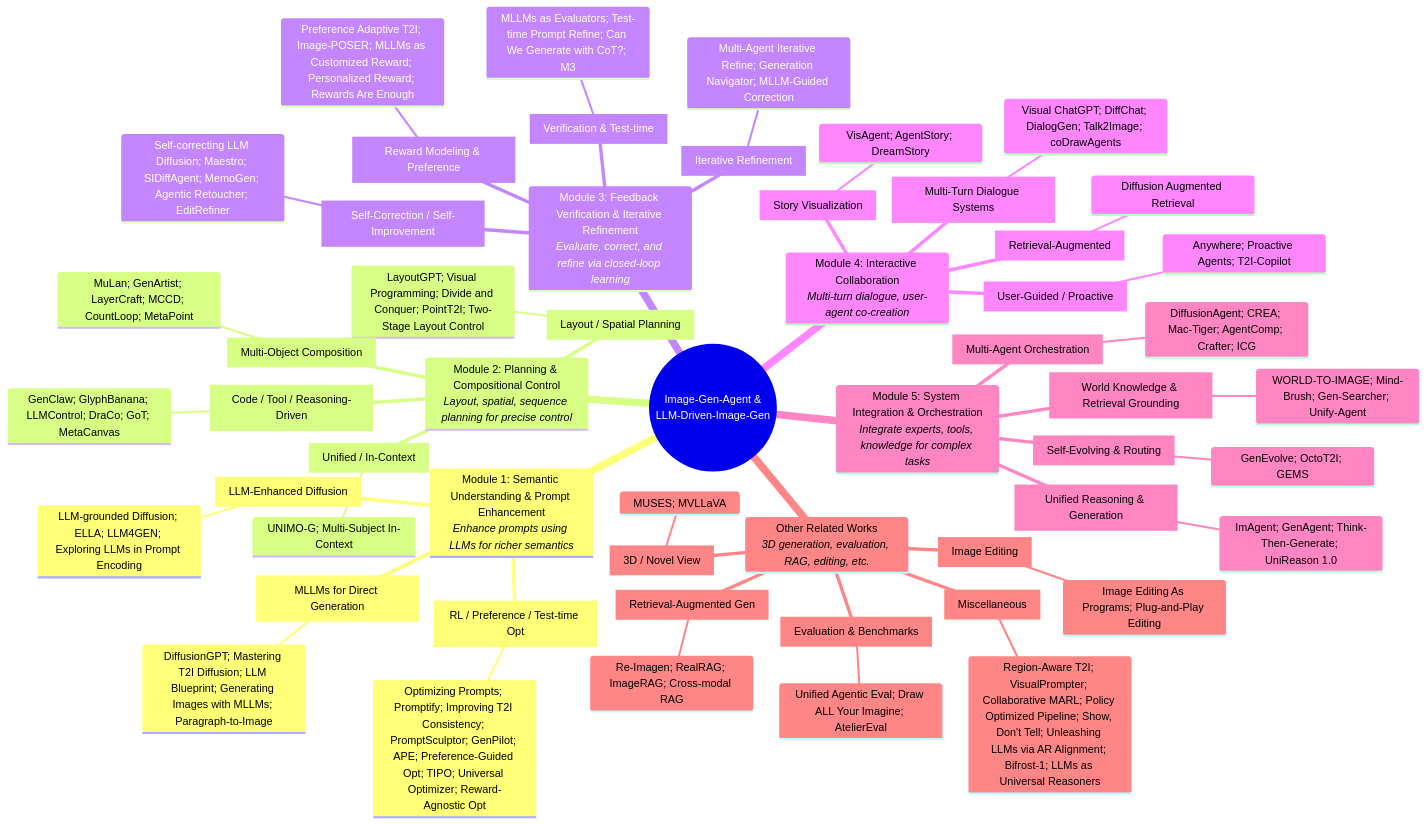
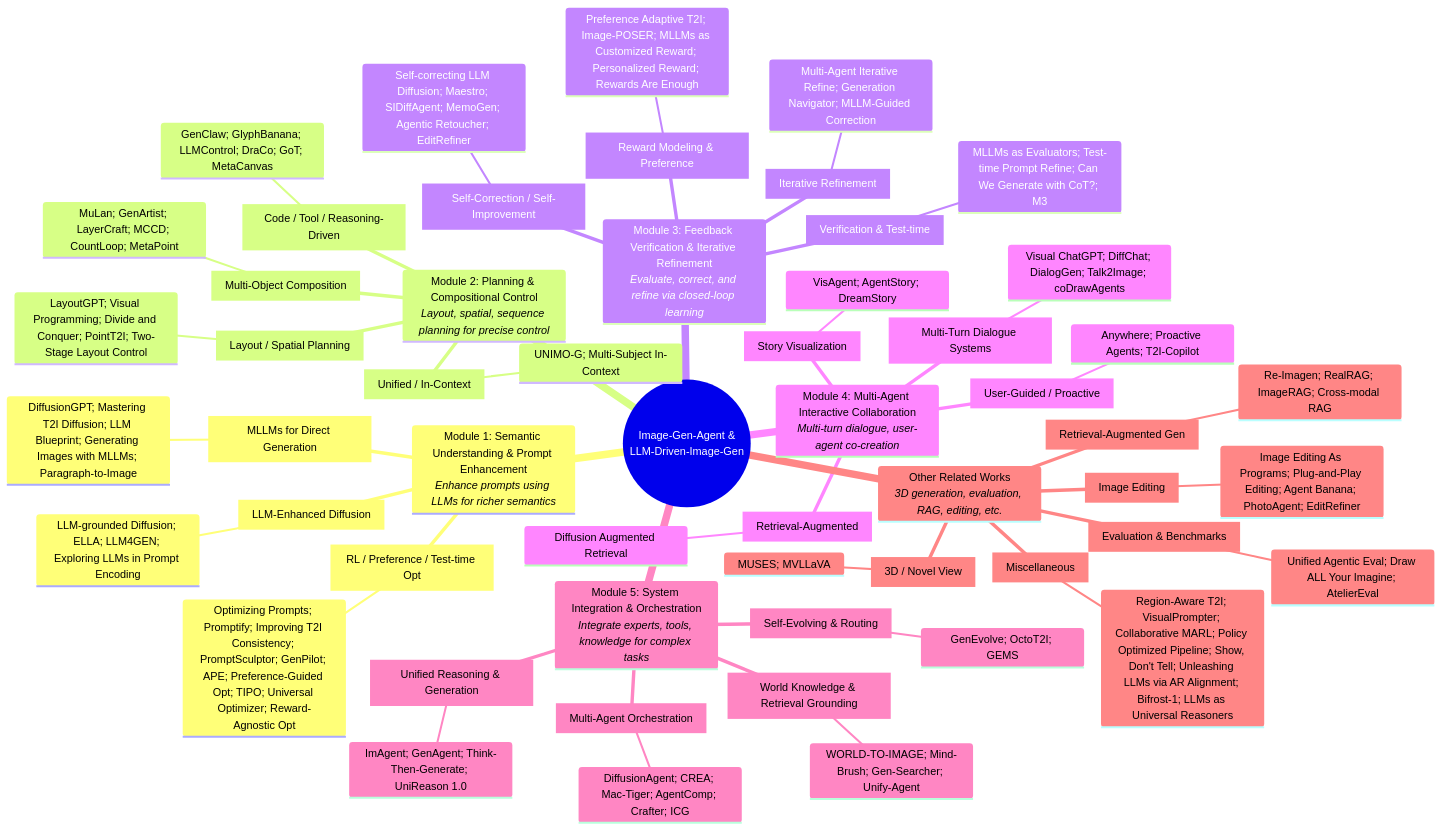
One commit to YinmingHuang/Awesome-agentic-visual-generation-model changed the first of 2 diagrams in README.md. Above: the diagram before and after it, drawn with Mermaid. The commit also changed other lines of this file, not shown here.

Commit message:
Add agentic image editing papers

````diff
--- a/README.md
+++ b/README.md
@@ -20,65 +21,65 @@
 ```mermaid
 mindmap
   root((Image-Gen-Agent &<br/>LLM-Driven-Image-Gen))
     
     Module 1: Semantic Understanding & Prompt Enhancement<br/>_Enhance prompts using LLMs for richer semantics_
       ::icon(fa fa-magic)
       [RL / Preference / Test-time Opt]
         Optimizing Prompts; Promptify; Improving T2I Consistency; PromptSculptor; GenPilot; APE; Preference-Guided Opt; TIPO; Universal Optimizer; Reward-Agnostic Opt
       [LLM-Enhanced Diffusion]
         LLM-grounded Diffusion; ELLA; LLM4GEN; Exploring LLMs in Prompt Encoding
       [MLLMs for Direct Generation]
         DiffusionGPT; Mastering T2I Diffusion; LLM Blueprint; Generating Images with MLLMs; Paragraph-to-Image
 
     Module 2: Planning & Compositional Control<br/>_Layout, spatial, sequence planning for precise control_
       [Layout / Spatial Planning]
         LayoutGPT; Visual Programming; Divide and Conquer; PointT2I; Two-Stage Layout Control
       [Multi-Object Composition]
         MuLan; GenArtist; LayerCraft; MCCD; CountLoop; MetaPoint
       [Code / Tool / Reasoning-Driven]
         GenClaw; GlyphBanana; LLMControl; DraCo; GoT; MetaCanvas
       [Unified / In-Context]
         UNIMO-G; Multi-Subject In-Context
 
     Module 3: Feedback Verification & Iterative Refinement<br/>_Evaluate, correct, and refine via closed-loop learning_
       [Self-Correction / Self-Improvement]
         Self-correcting LLM Diffusion; Maestro; SIDiffAgent; MemoGen; Agentic Retoucher; EditRefiner
       [Reward Modeling & Preference]
         Preference Adaptive T2I; Image-POSER; MLLMs as Customized Reward; Personalized Reward; Rewards Are Enough
       [Verification & Test-time]
         MLLMs as Evaluators; Test-time Prompt Refine; Can We Generate with CoT?; M3
       [Iterative Refinement]
         Multi-Agent Iterative Refine; Generation Navigator; MLLM-Guided Correction
 
-    Module 4: Interactive Collaboration<br/>_Multi-turn dialogue, user-agent co-creation_
+    Module 4: Multi-Agent Interactive Collaboration<br/>_Multi-turn dialogue, user-agent co-creation_
       [Multi-Turn Dialogue Systems]
         Visual ChatGPT; DiffChat; DialogGen; Talk2Image; coDrawAgents
       [Story Visualization]
         VisAgent; AgentStory; DreamStory
       [User-Guided / Proactive]
         Anywhere; Proactive Agents; T2I-Copilot
       [Retrieval-Augmented]
         Diffusion Augmented Retrieval
 
     Module 5: System Integration & Orchestration<br/>_Integrate experts, tools, knowledge for complex tasks_
       [Multi-Agent Orchestration]
         DiffusionAgent; CREA; Mac-Tiger; AgentComp; Crafter; ICG
       [World Knowledge & Retrieval Grounding]
         WORLD-TO-IMAGE; Mind-Brush; Gen-Searcher; Unify-Agent
       [Self-Evolving & Routing]
         GenEvolve; OctoT2I; GEMS
       [Unified Reasoning & Generation]
         ImAgent; GenAgent; Think-Then-Generate; UniReason 1.0
 
     Other Related Works<br/>_3D generation, evaluation, RAG, editing, etc._
       [3D / Novel View]
         MUSES; MVLLaVA
       [Evaluation & Benchmarks]
         Unified Agentic Eval; Draw ALL Your Imagine; AtelierEval
       [Retrieval-Augmented Gen]
         Re-Imagen; RealRAG; ImageRAG; Cross-modal RAG
       [Image Editing]
-        Image Editing As Programs; Plug-and-Play Editing
+        Image Editing As Programs; Plug-and-Play Editing; Agent Banana; PhotoAgent; EditRefiner
       [Miscellaneous]
         Region-Aware T2I; VisualPrompter; Collaborative MARL; Policy Optimized Pipeline; Show, Don't Tell; Unleashing LLMs via AR Alignment; Bifrost-1; LLMs as Universal Reasoners
 ```
````
